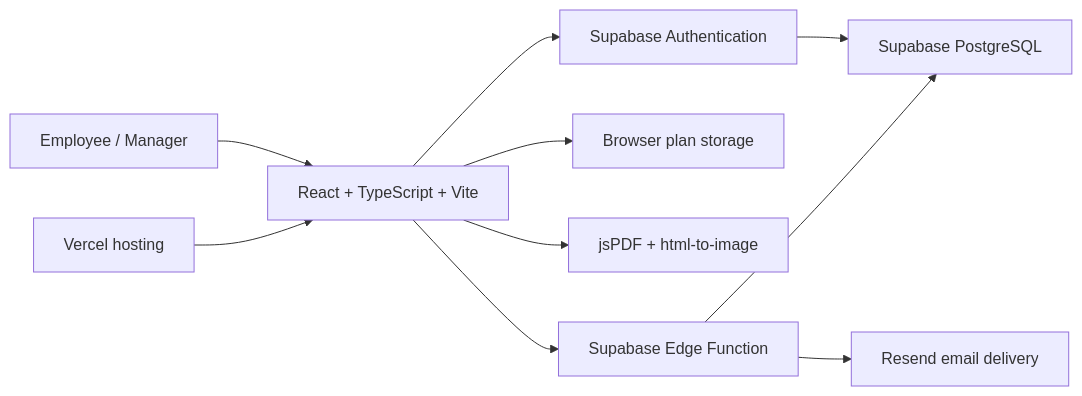
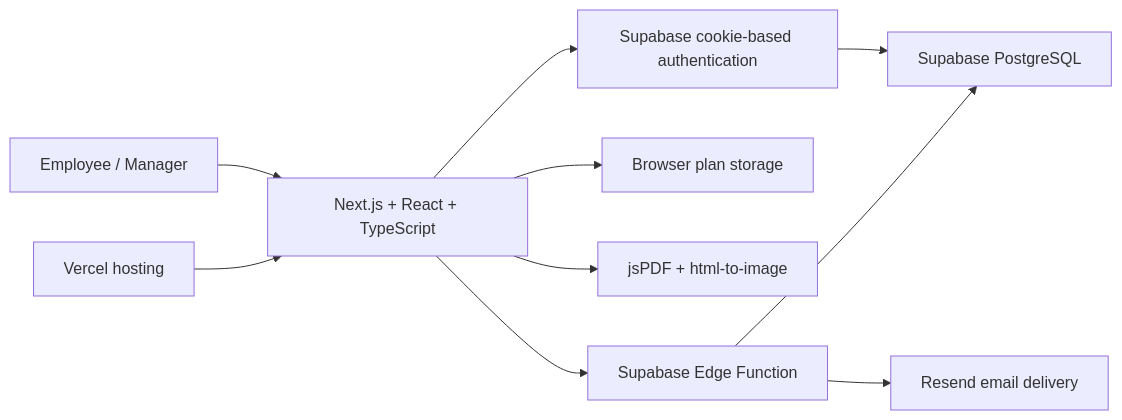
One commit to mateen9ostech-hash/OakBoard-Employee-Onboarding-Form changed the diagram in README.md. Above: the diagram before and after it, drawn with Mermaid. The commit also changed other lines of this file and 56 other files, not shown here.

````diff
--- a/README.md
+++ b/README.md
@@ -10,12 +9,12 @@
 ```mermaid
 flowchart LR
-    User["Employee / Manager"] --> UI["React + TypeScript + Vite"]
-    UI --> Auth["Supabase Authentication"]
+    User["Employee / Manager"] --> UI["Next.js + React + TypeScript"]
+    UI --> Auth["Supabase cookie-based authentication"]
     UI --> Storage["Browser plan storage"]
     UI --> PDF["jsPDF + html-to-image"]
     UI --> Function["Supabase Edge Function"]
     Function --> Resend["Resend email delivery"]
     Auth --> PostgreSQL["Supabase PostgreSQL"]
     Function --> PostgreSQL
     Vercel["Vercel hosting"] --> UI
 ```
````
